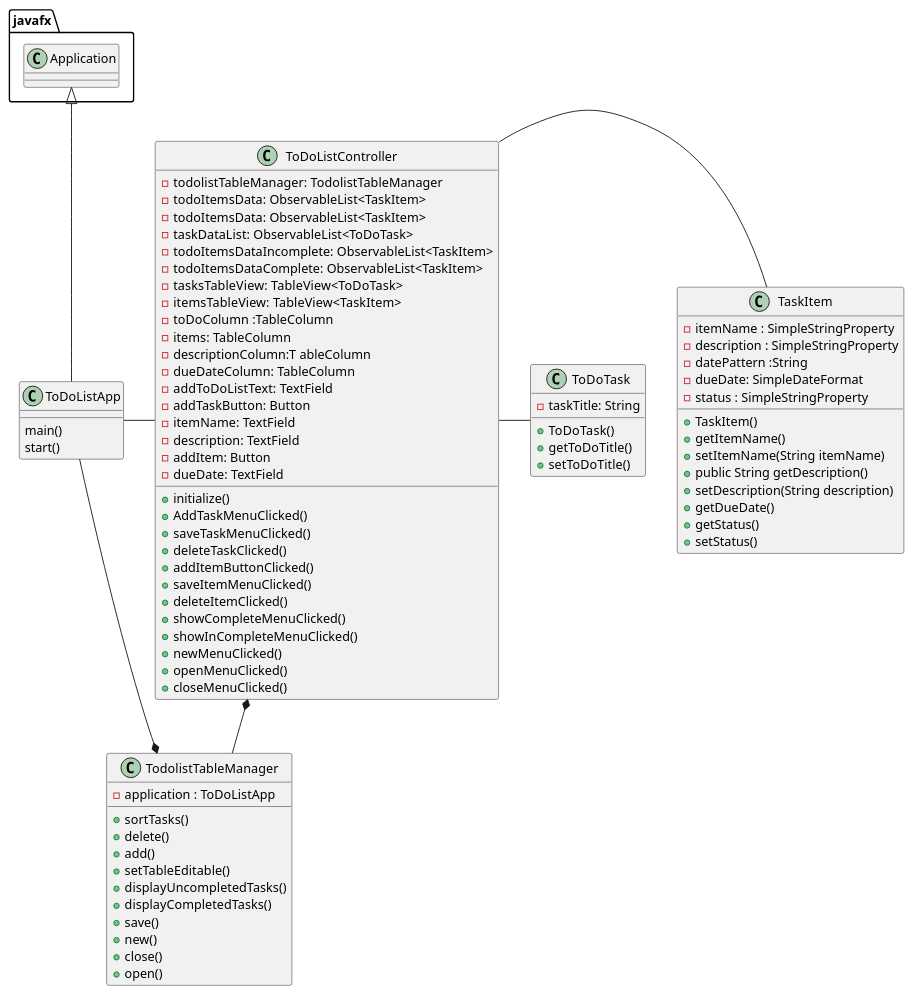
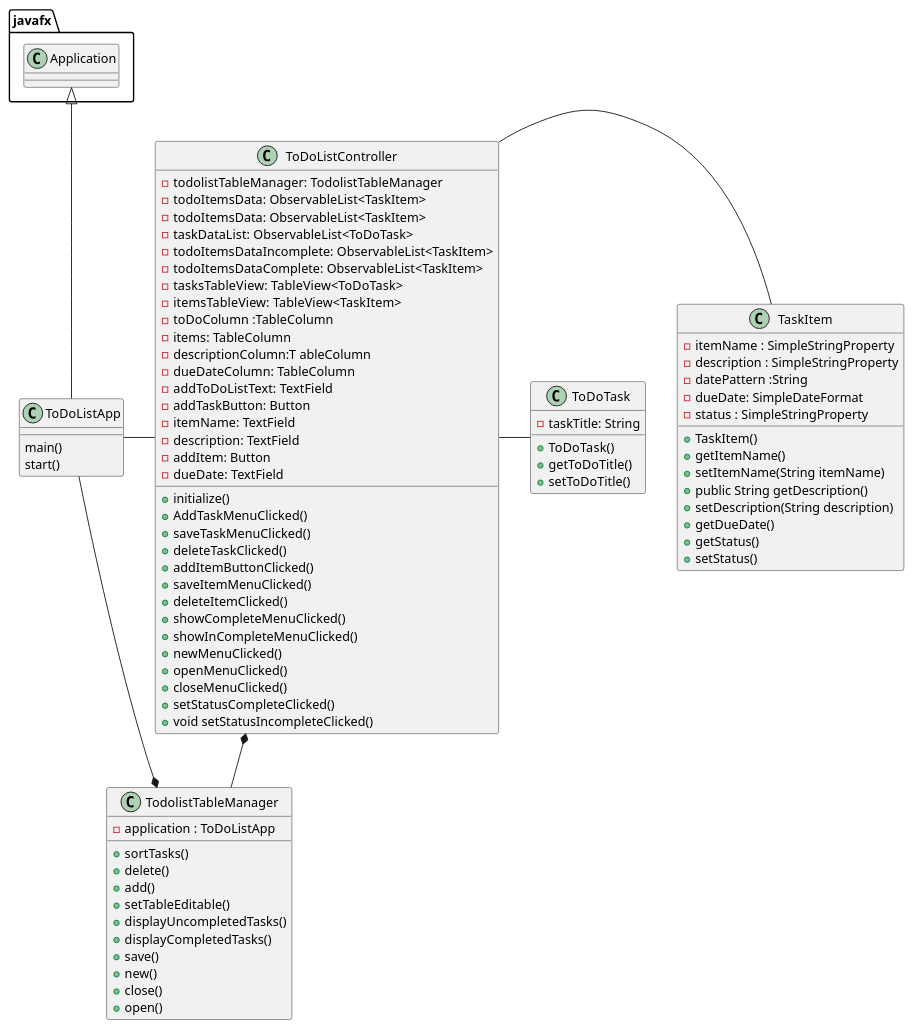
One commit to Asad006/app4 changed the diagram in Uml/TodoList.puml. Above: the diagram before and after it, drawn with PlantUML. The commit also changed 5 other files, not shown here.

```diff
--- a/Uml/TodoList.puml
+++ b/Uml/TodoList.puml
@@ -1,86 +1,90 @@
 @startuml
 class TodolistTableManager{
 - application : ToDoListApp
 + sortTasks()
 + delete()
 + add()
 + setTableEditable()
 + displayUncompletedTasks()
 + displayCompletedTasks()
 + save()
 + new()
 + close()
 + open()
 }
 
 class ToDoListController {
     - todolistTableManager: TodolistTableManager
     - todoItemsData: ObservableList<TaskItem>
     - todoItemsData: ObservableList<TaskItem>
     - taskDataList: ObservableList<ToDoTask>
     - todoItemsDataIncomplete: ObservableList<TaskItem>
     - todoItemsDataComplete: ObservableList<TaskItem>
     - tasksTableView: TableView<ToDoTask>
     - itemsTableView: TableView<TaskItem>
     - toDoColumn :TableColumn
     - items: TableColumn
     - descriptionColumn:T ableColumn
     - dueDateColumn: TableColumn
     - addToDoListText: TextField
     - addTaskButton: Button
     - itemName: TextField
     - description: TextField
     - addItem: Button
     - dueDate: TextField
 
  + initialize()
  + AddTaskMenuClicked()
  + saveTaskMenuClicked()
  + deleteTaskClicked()
  + addItemButtonClicked()
  + saveItemMenuClicked()
  + deleteItemClicked()
  + showCompleteMenuClicked()
  + showInCompleteMenuClicked()
  + newMenuClicked()
  + openMenuClicked()
  + closeMenuClicked()
+ + setStatusCompleteClicked()
+ + void setStatusIncompleteClicked()
+
+
 
 
 }
 
 class ToDoTask{
 - taskTitle: String
 + ToDoTask()
 + getToDoTitle()
 + setToDoTitle()
 }
 
 class TaskItem{
     -  itemName : SimpleStringProperty
     -  description : SimpleStringProperty
     -  datePattern :String
     -  dueDate: SimpleDateFormat
     -  status : SimpleStringProperty
 + TaskItem()
 + getItemName()
 + setItemName(String itemName)
 + public String getDescription()
 + setDescription(String description)
 + getDueDate()
 + getStatus()
 + setStatus()
 
 }
 class ToDoListApp{
 main()
 start()
 }
 
 javafx.Application <|-- ToDoListApp
 ToDoListApp - ToDoListController
 ToDoListController - TaskItem
 ToDoListController - ToDoTask
 ToDoListController *-- TodolistTableManager
 TodolistTableManager *-- ToDoListApp
 @enduml
```
